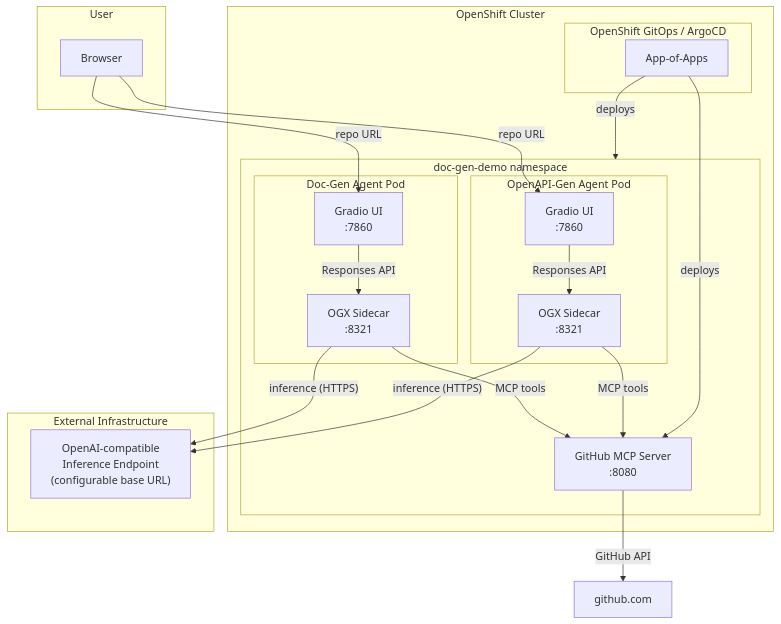
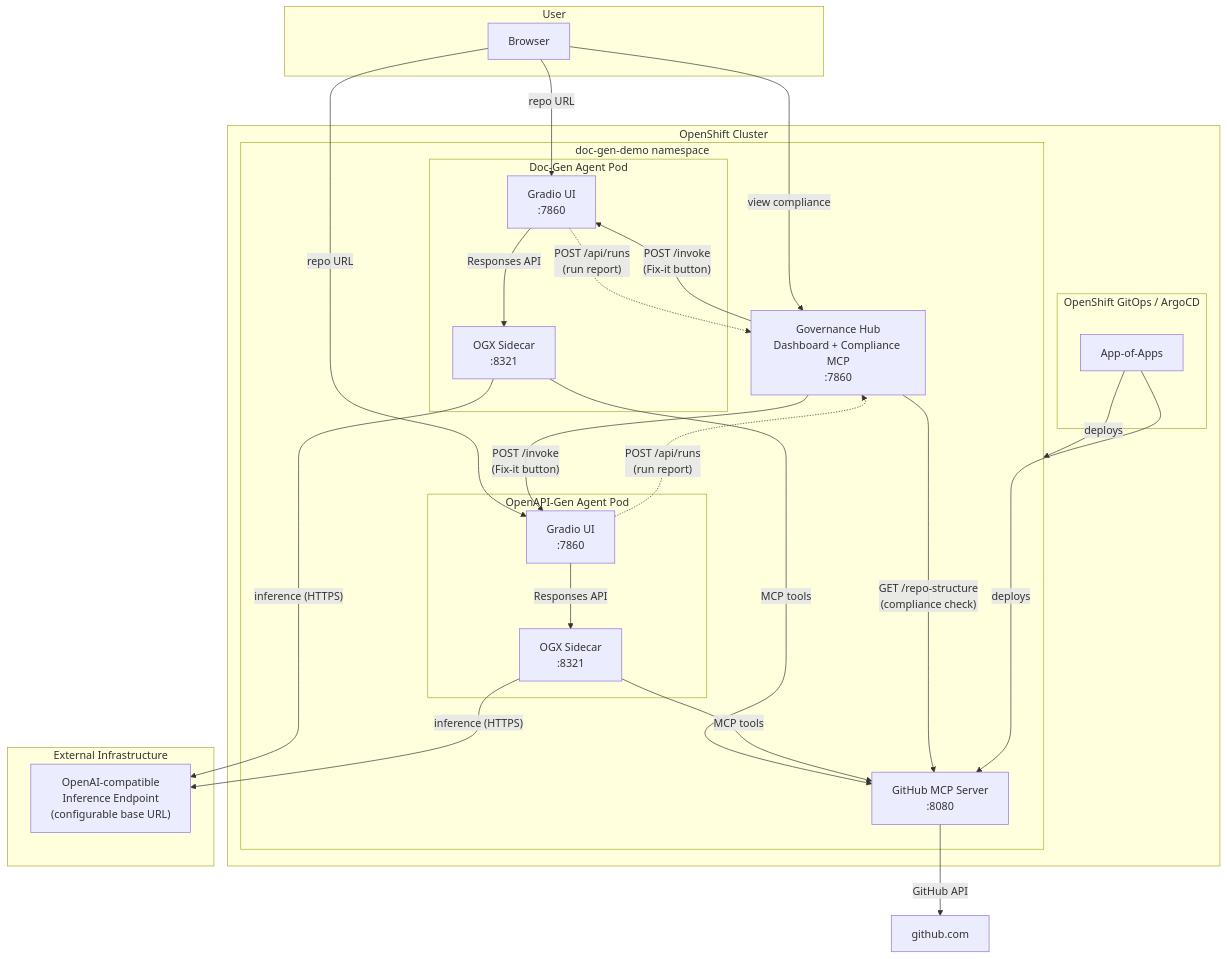
One commit to matteo-grimaldi/agentic-doc-generation changed the first of 2 diagrams in README.md. Above: the diagram before and after it, drawn with Mermaid. The commit also changed other lines of this file and 21 other files, not shown here.

````diff
--- a/README.md
+++ b/README.md
@@ -28,40 +37,47 @@
 ```mermaid
 flowchart TB
     subgraph user [User]
         Browser
     end
 
     subgraph ocp [OpenShift Cluster]
         subgraph gitops [OpenShift GitOps / ArgoCD]
             AppOfApps["App-of-Apps"]
         end
 
         subgraph demo_ns [doc-gen-demo namespace]
             subgraph doc_pod [Doc-Gen Agent Pod]
                 DocGradio["Gradio UI\n:7860"]
                 DocOGX["OGX Sidecar\n:8321"]
             end
             subgraph api_pod [OpenAPI-Gen Agent Pod]
                 ApiGradio["Gradio UI\n:7860"]
                 ApiOGX["OGX Sidecar\n:8321"]
             end
             GitHubMCP["GitHub MCP Server\n:8080"]
+            GovHub["Governance Hub\nDashboard + Compliance MCP\n:7860"]
         end
     end
 
     subgraph external [External Infrastructure]
         InferenceEndpoint["OpenAI-compatible\nInference Endpoint\n(configurable base URL)"]
     end
 
     Browser -->|"repo URL"| DocGradio
     Browser -->|"repo URL"| ApiGradio
     DocGradio -->|"Responses API"| DocOGX
     ApiGradio -->|"Responses API"| ApiOGX
     DocOGX -->|"MCP tools"| GitHubMCP
     ApiOGX -->|"MCP tools"| GitHubMCP
     DocOGX -->|"inference (HTTPS)"| InferenceEndpoint
     ApiOGX -->|"inference (HTTPS)"| InferenceEndpoint
     GitHubMCP -->|"GitHub API"| GitHub["github.com"]
+    Browser -->|"view compliance"| GovHub
+    DocGradio -.->|"POST /api/runs\n(run report)"| GovHub
+    ApiGradio -.->|"POST /api/runs\n(run report)"| GovHub
+    GovHub -->|"POST /invoke\n(Fix-it button)"| DocGradio
+    GovHub -->|"POST /invoke\n(Fix-it button)"| ApiGradio
+    GovHub -->|"GET /repo-structure\n(compliance check)"| GitHubMCP
     AppOfApps -->|deploys| GitHubMCP
     AppOfApps -->|deploys| demo_ns
 ```
````
